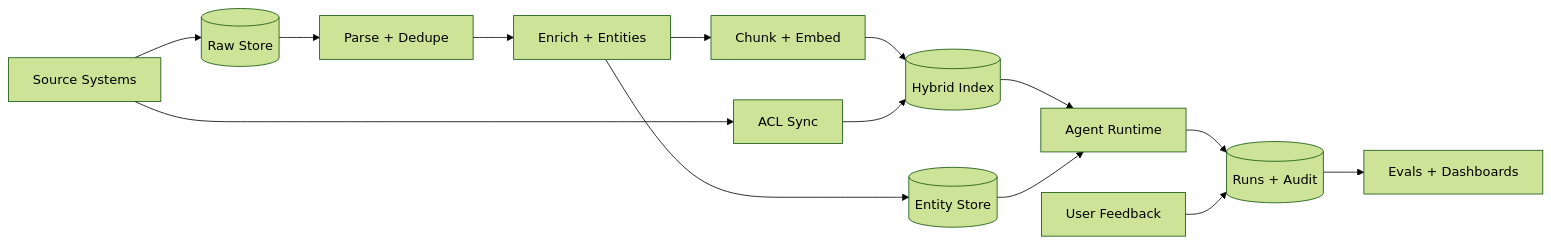
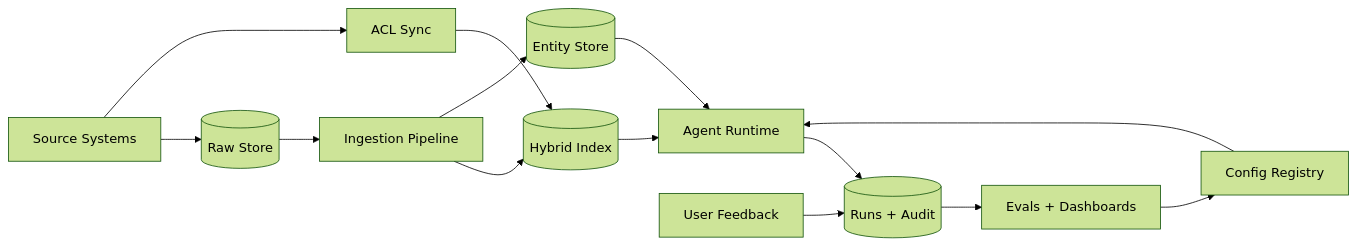
Before and after one commit to hemach-git/EKRA: the seventh of 11 diagrams in docs/design.md, drawn with Mermaid (forest theme). The commit also changed other lines of this file and 21 other files, not shown here.

````diff
--- a/docs/design.md
+++ b/docs/design.md
@@ -246,16 +636,16 @@
 ```mermaid
 flowchart LR
   SRC[Source Systems] --> RAW[(Raw Store)]
-  RAW --> PARSE[Parse + Dedupe]
-  PARSE --> ENRICH[Enrich + Entities]
-  ENRICH --> CHUNK[Chunk + Embed]
-  CHUNK --> IDX[(Hybrid Index)]
-  ENRICH --> KG[(Entity Store)]
+  RAW --> PIPE[Ingestion Pipeline]
+  PIPE --> IDX[(Hybrid Index)]
+  PIPE --> KG[(Entity Store)]
   SRC --> ACLS[ACL Sync]
   ACLS --> IDX
   IDX --> AGENT[Agent Runtime]
   KG --> AGENT
   AGENT --> RUNS[(Runs + Audit)]
   FB[User Feedback] --> RUNS
   RUNS --> EVAL[Evals + Dashboards]
+  EVAL --> CFG[Config Registry]
+  CFG --> AGENT
 ```
````
